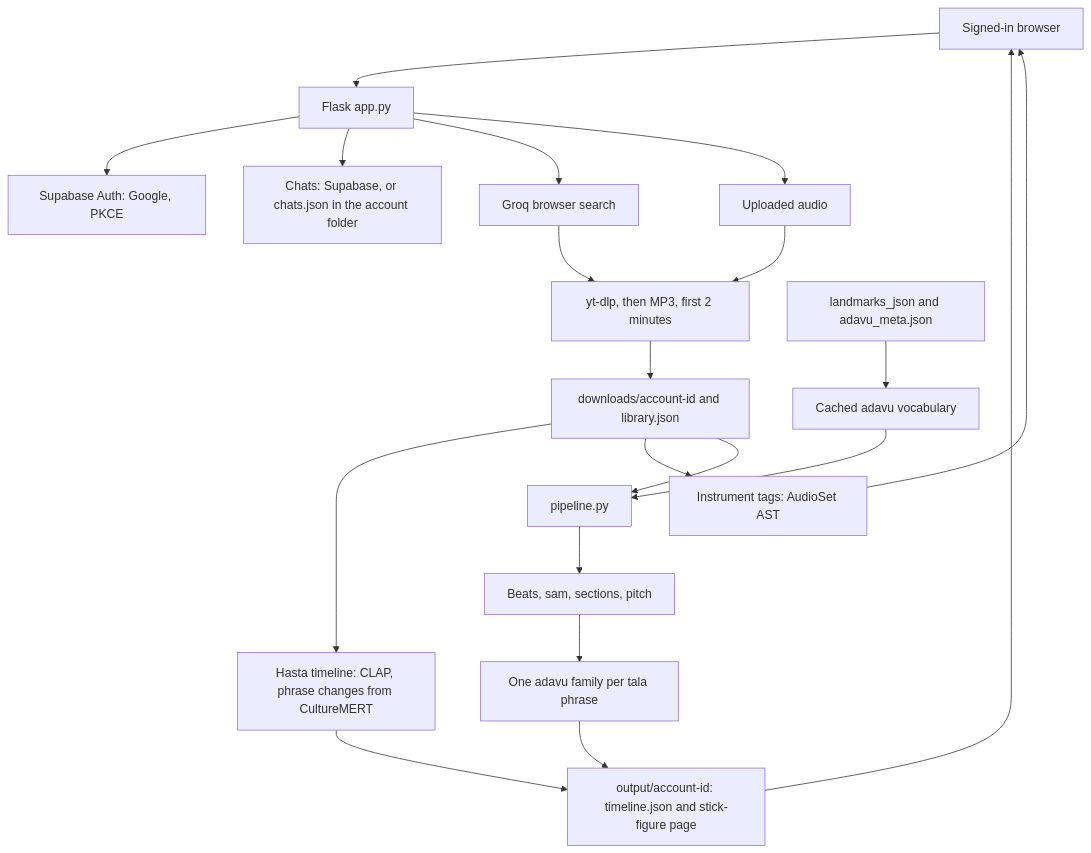
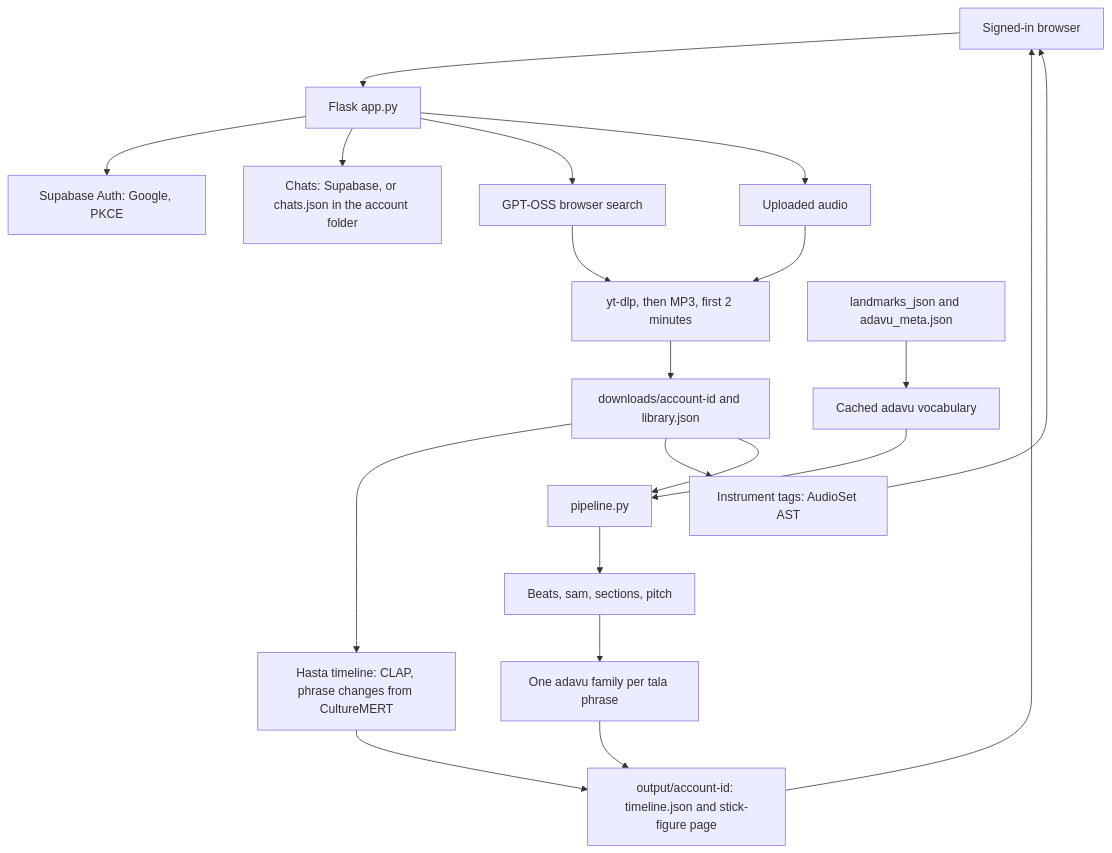
Before and after one commit to O-tech477/Indian-Classical-Dance-Step-Generation-From-Song: the diagram in README.md, drawn with Mermaid.

Commit message:
feat: update mermaid diagram

````diff
--- a/README.md
+++ b/README.md
@@ -20,22 +20,22 @@
 ```mermaid
 flowchart TD
   browser["Signed-in browser"] --> flask["Flask app.py"]
   flask --> auth["Supabase Auth: Google, PKCE"]
   flask --> chats["Chats: Supabase, or chats.json in the account folder"]
-  flask --> groq["Groq browser search"]
+  flask --> groq["GPT-OSS browser search"]
   flask --> upload["Uploaded audio"]
   groq --> audio["yt-dlp, then MP3, first 2 minutes"]
   upload --> audio
   audio --> library["downloads/account-id and library.json"]
   library --> mudhra["Hasta timeline: CLAP, phrase changes from CultureMERT"]
   library --> instruments["Instrument tags: AudioSet AST"]
   library --> pipeline["pipeline.py"]
   landmarks["landmarks_json and adavu_meta.json"] --> vocab["Cached adavu vocabulary"]
   vocab --> pipeline
   pipeline --> analysis["Beats, sam, sections, pitch"]
   analysis --> planner["One adavu family per tala phrase"]
   planner --> player["output/account-id: timeline.json and stick-figure page"]
   mudhra --> player
   player --> browser
   instruments --> browser
 ```
````
